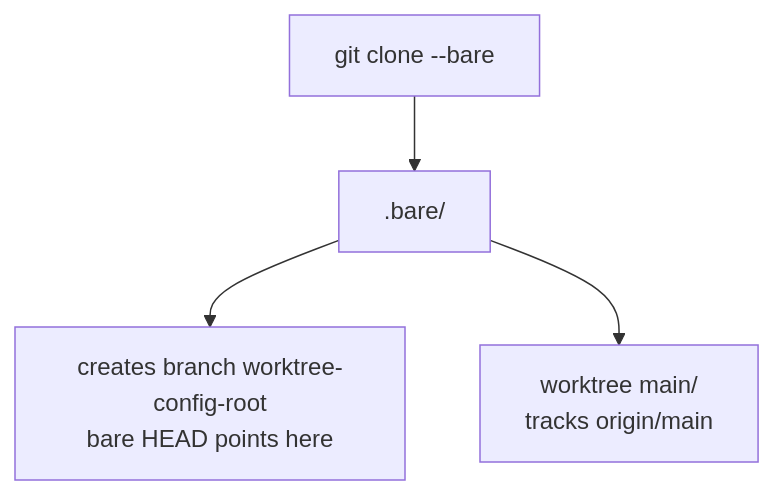
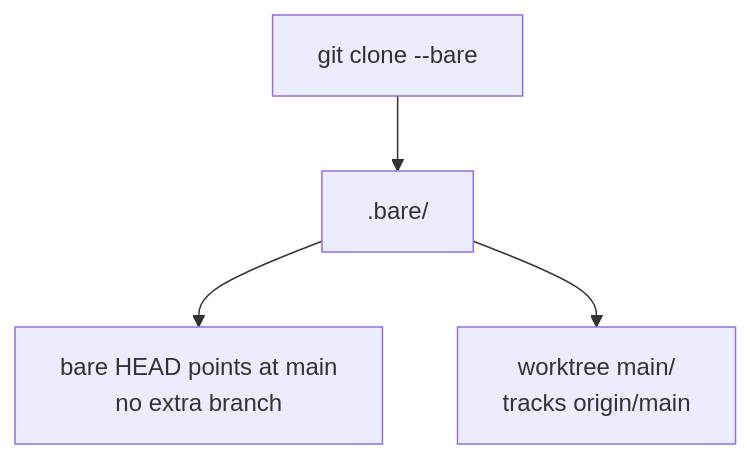
One commit to N3Y70R/grove changed the second of 9 diagrams in docs/TUTORIAL.md. Above: the diagram before and after it, drawn with Mermaid. The commit also changed other lines of this file and 9 other files, not shown here.

First line of the commit message:
feat(setup,convert,doctor): drop the parking branch; bare HEAD points at the base

````diff
--- a/docs/TUTORIAL.md
+++ b/docs/TUTORIAL.md
@@ -95,6 +95,6 @@
 ```mermaid
 flowchart TD
   A[git clone --bare] --> B[.bare/]
-  B --> C[creates branch worktree-config-root<br/>bare HEAD points here]
+  B --> C[bare HEAD points at main<br/>no extra branch]
   B --> D[worktree main/<br/>tracks origin/main]
 ```
````
